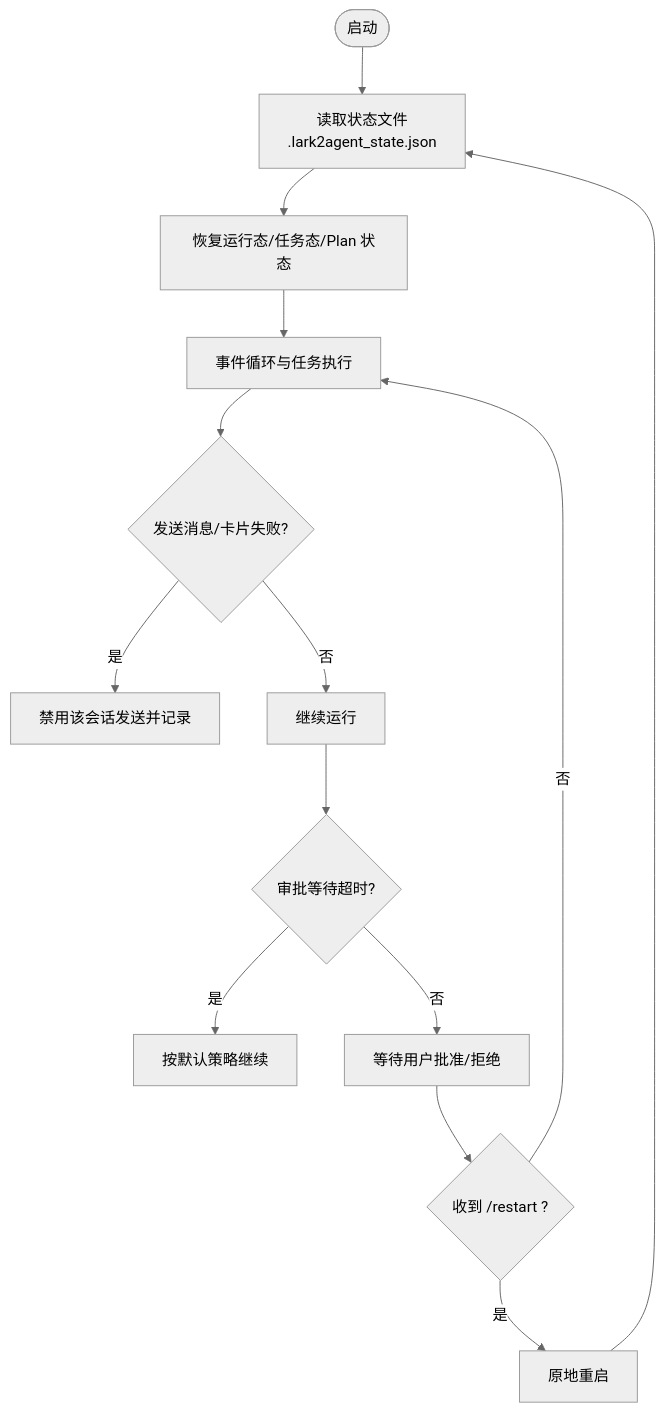
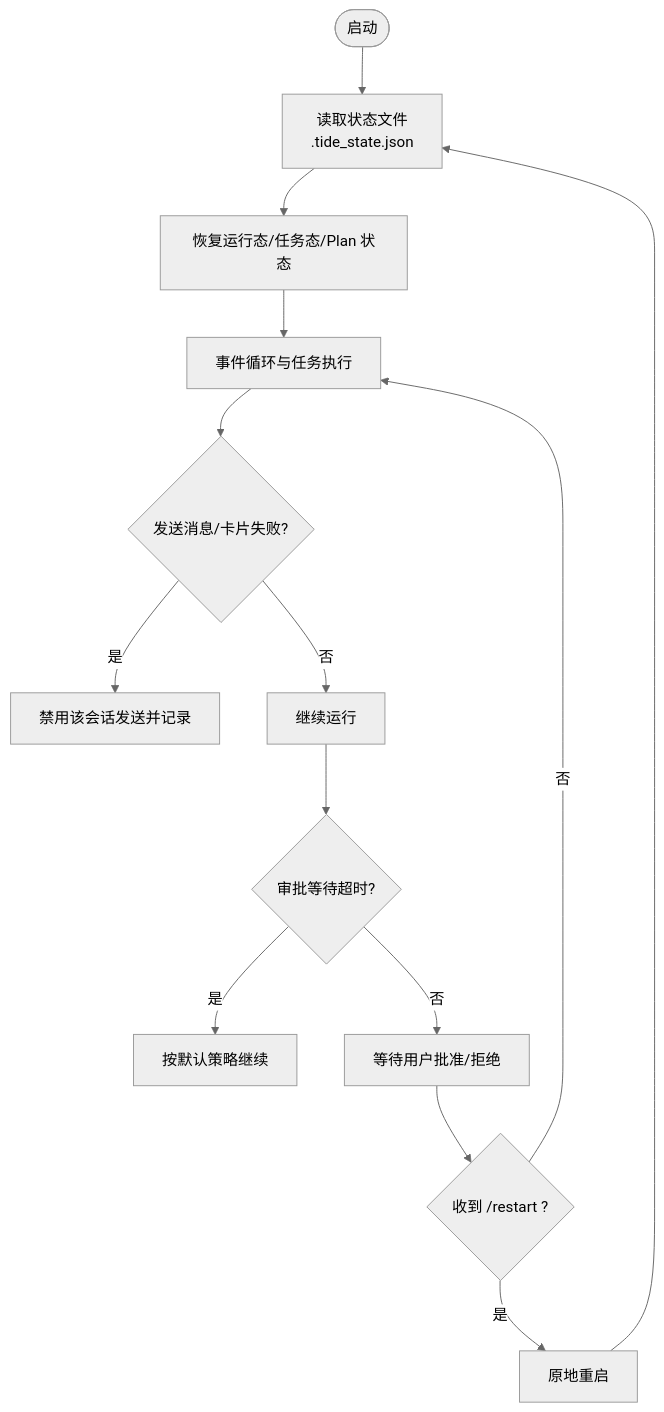
The third of 4 diagrams in .qoder/repowiki/zh/content/部署和运维/监控和维护.md (winditer/tide), drawn with Mermaid (neutral theme) before and after one commit. The commit also changed other lines of this file and 260 other files, not shown here.

````diff
--- a/.qoder/repowiki/zh/content/部署和运维/监控和维护.md
+++ b/.qoder/repowiki/zh/content/部署和运维/监控和维护.md
@@ -151,16 +151,16 @@
 ```mermaid
 flowchart TD
-Start(["启动"]) --> LoadState["读取状态文件<br/>.lark2agent_state.json"]
+Start(["启动"]) --> LoadState["读取状态文件<br/>.tide_state.json"]
 LoadState --> RestoreRuntime["恢复运行态/任务态/Plan 状态"]
 RestoreRuntime --> RunLoop["事件循环与任务执行"]
 RunLoop --> SendFail{"发送消息/卡片失败?"}
 SendFail --> |是| DisableChat["禁用该会话发送并记录"]
 SendFail --> |否| Continue["继续运行"]
 Continue --> ApprovalTimeout{"审批等待超时?"}
 ApprovalTimeout --> |是| DefaultPolicy["按默认策略继续"]
 ApprovalTimeout --> |否| WaitApproval["等待用户批准/拒绝"]
 WaitApproval --> RestartCmd{"收到 /restart ?"}
 RestartCmd --> |是| Reboot["原地重启"]
 RestartCmd --> |否| RunLoop
 Reboot --> LoadState
 ```
````
